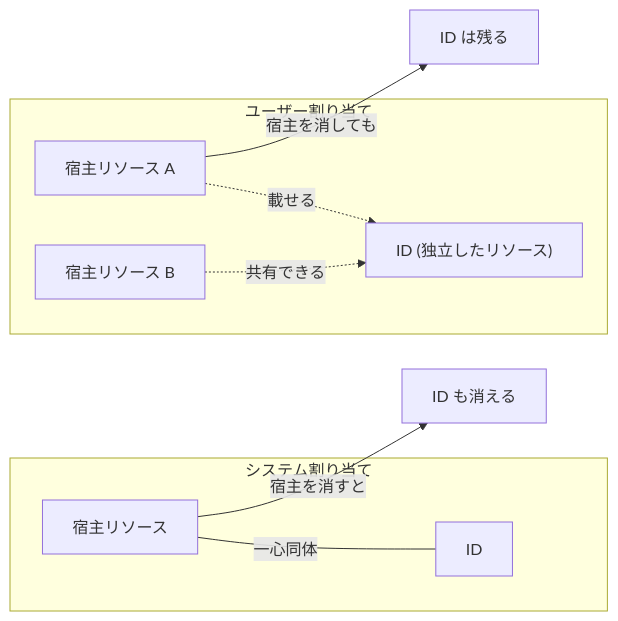
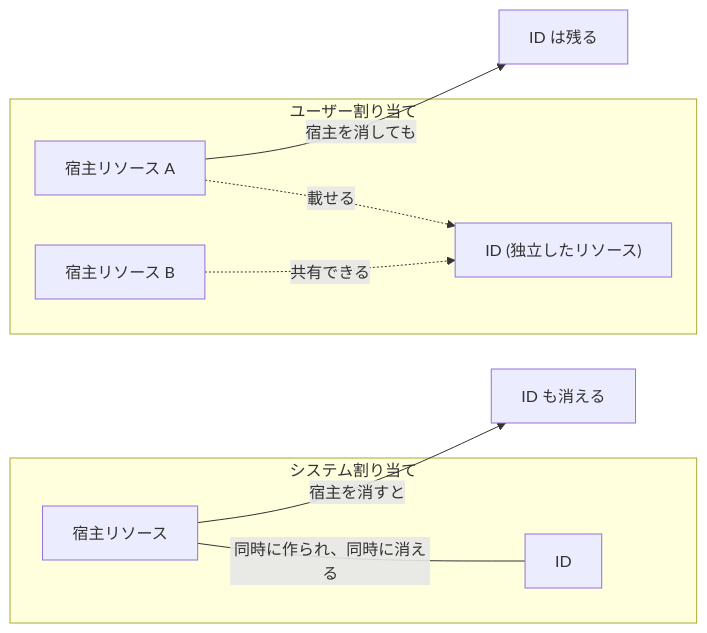
Before and after one commit to engineers-hub-ltd-in-house-project/azure-practice: the diagram in manuscript/part2/07-managed-identity.md, drawn with Mermaid. The commit also changed 5 other files, not shown here.

````diff
--- a/manuscript/part2/07-managed-identity.md
+++ b/manuscript/part2/07-managed-identity.md
@@ -7,13 +7,13 @@
 ```mermaid
 flowchart LR
   subgraph SA["システム割り当て"]
-    H1["宿主リソース"] ---|"一心同体"| I1["ID"]
+    H1["宿主リソース"] ---|"同時に作られ、同時に消える"| I1["ID"]
   end
   subgraph UA["ユーザー割り当て"]
     I2["ID (独立したリソース)"]
     H2["宿主リソース A"] -.->|"載せる"| I2
     H3["宿主リソース B"] -.->|"共有できる"| I2
   end
   H1 -->|"宿主を消すと"| X1["ID も消える"]
   H2 -->|"宿主を消しても"| X2["ID は残る"]
 ```
````
